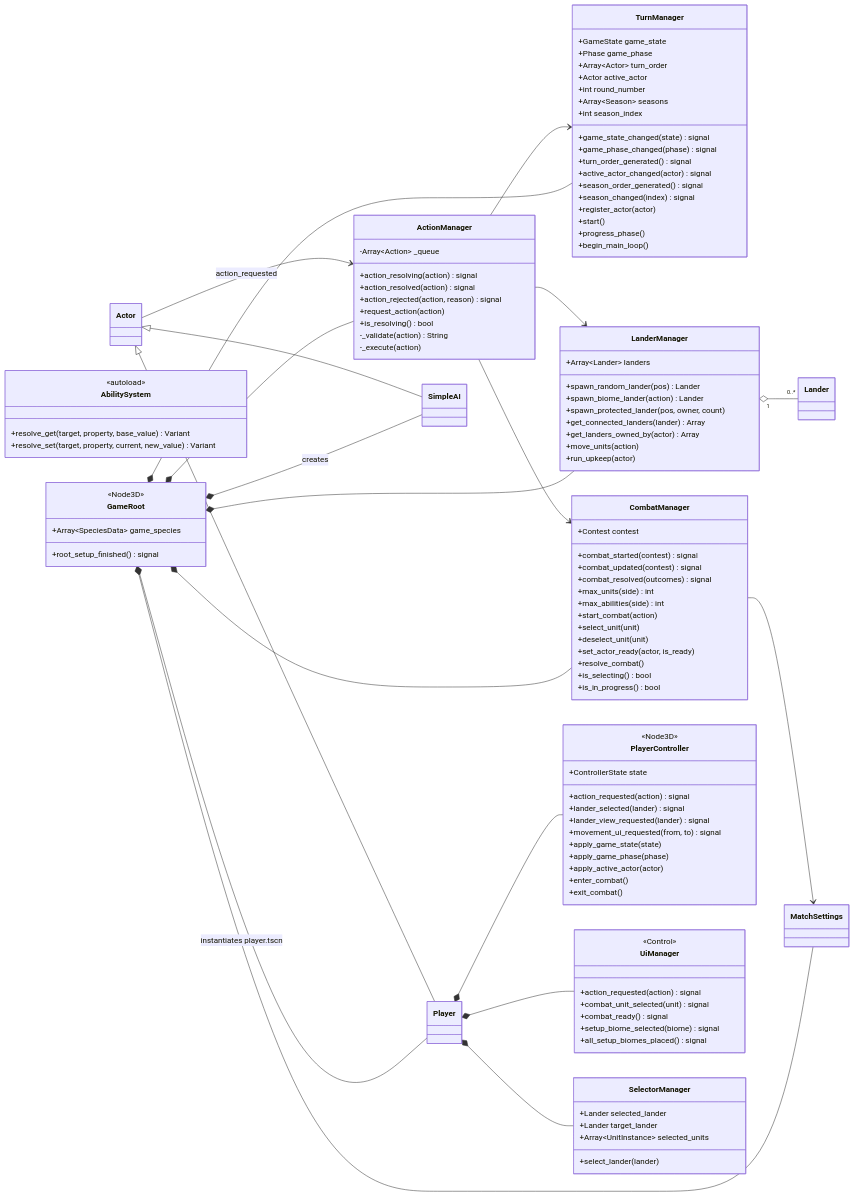
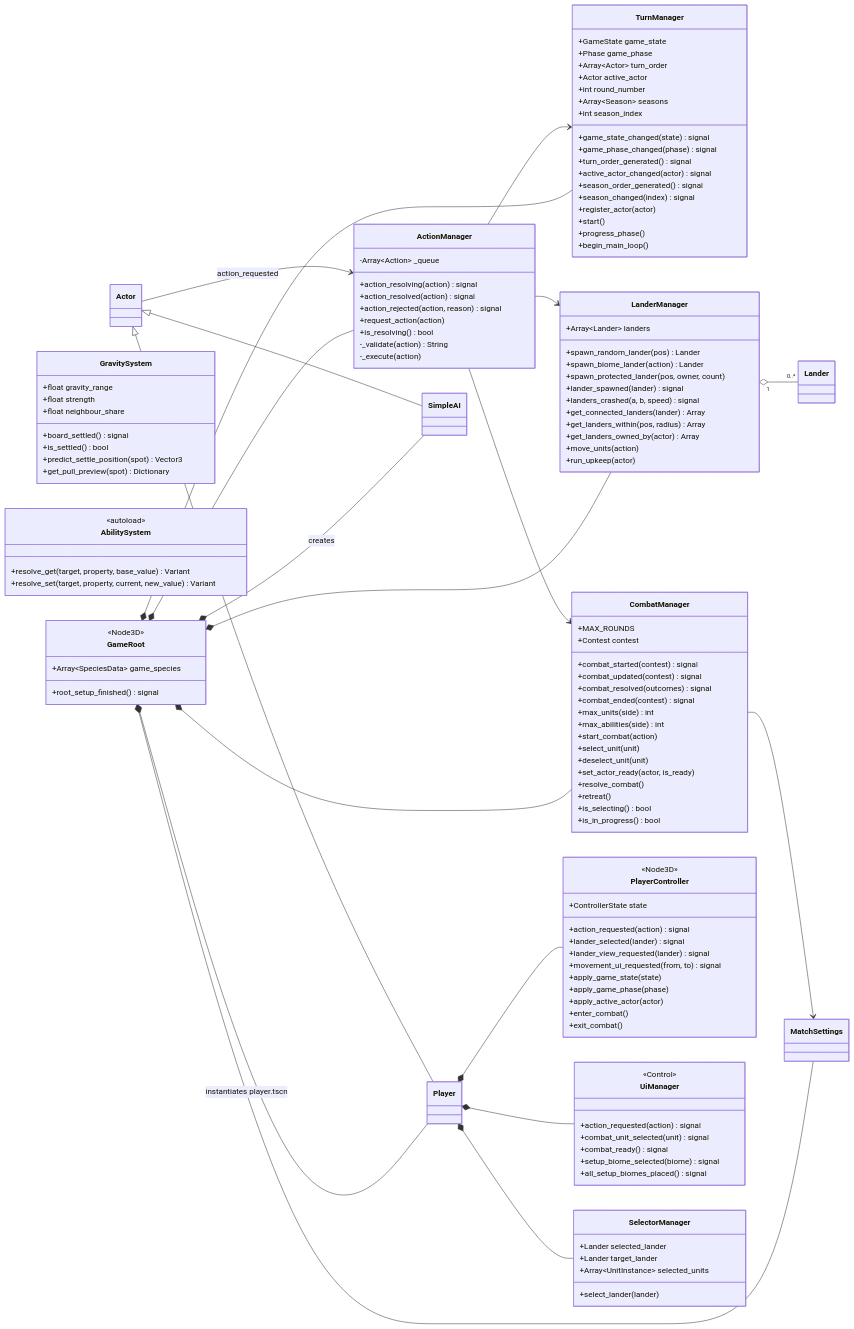
Before and after one commit to OscarPatchworth/BsOW: the third of 9 diagrams in docs/diagrams.md, drawn with Mermaid. The commit also changed other lines of this file and 2 other files, not shown here.

First line of the commit message:
Docs: gravity, capture/raze, battle rounds, paced AI, new HUD

```diff
--- a/docs/diagrams.md
+++ b/docs/diagrams.md
@@ -373,16 +378,31 @@
         +spawn_random_lander(pos) Lander
         +spawn_biome_lander(action) Lander
         +spawn_protected_lander(pos, owner, count)
+        +lander_spawned(lander) signal
+        +landers_crashed(a, b, speed) signal
         +get_connected_landers(lander) Array
+        +get_landers_within(pos, radius) Array
         +get_landers_owned_by(actor) Array
         +move_units(action)
         +run_upkeep(actor)
+    }
+
+    class GravitySystem {
+        +board_settled() signal
+        +float gravity_range
+        +float strength
+        +float neighbour_share
+        +is_settled() bool
+        +predict_settle_position(spot) Vector3
+        +get_pull_preview(spot) Dictionary
     }
 
     class CombatManager {
         +combat_started(contest) signal
         +combat_updated(contest) signal
         +combat_resolved(outcomes) signal
+        +combat_ended(contest) signal
+        +MAX_ROUNDS
         +Contest contest
         +max_units(side) int
         +max_abilities(side) int
@@ -391,6 +411,7 @@
         +deselect_unit(unit)
         +set_actor_ready(actor, is_ready)
         +resolve_combat()
+        +retreat()
         +is_selecting() bool
         +is_in_progress() bool
     }
```
